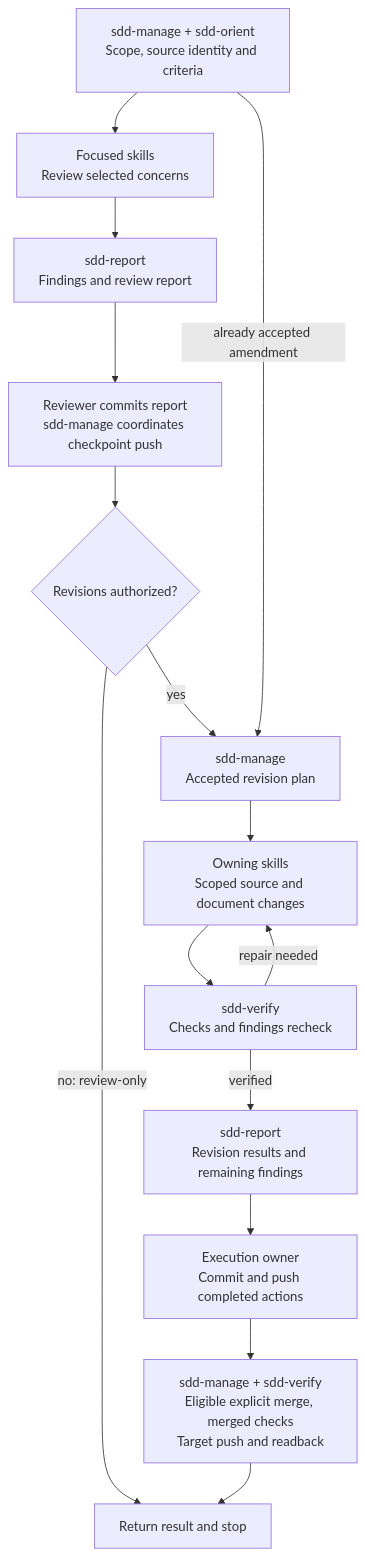
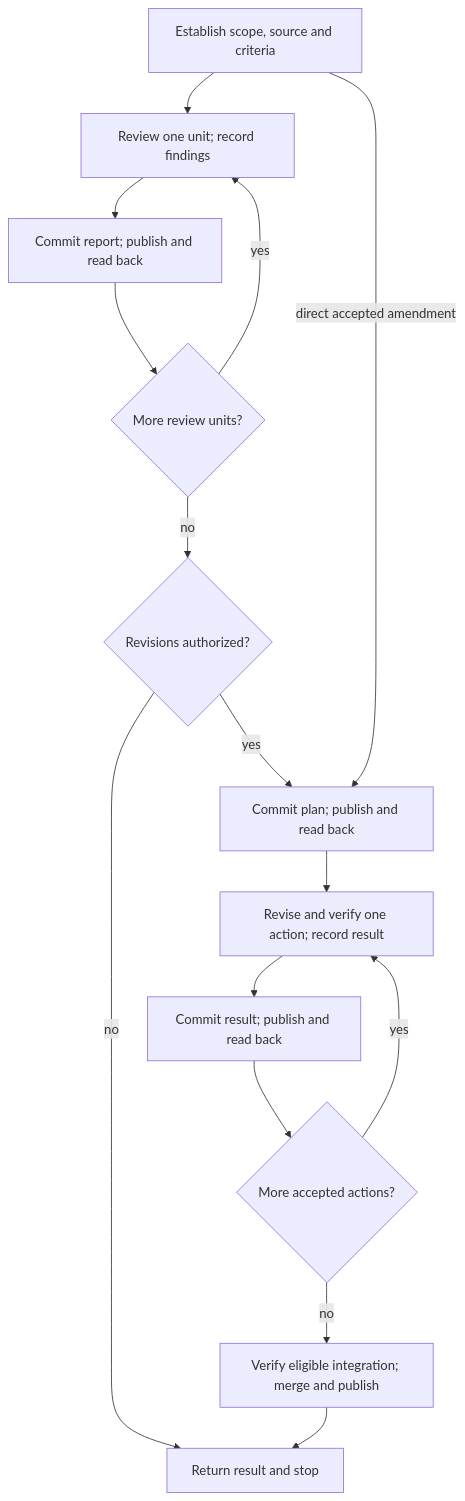
One commit to pchemguy/SDD-Manager-Template changed the sixth of 6 diagrams in .agents/plugins/sdd-manager/README.md. Above: the diagram before and after it, drawn with Mermaid. The commit also changed other lines of this file and 15 other files, not shown here.

````diff
--- a/.agents/plugins/sdd-manager/README.md
+++ b/.agents/plugins/sdd-manager/README.md
@@ -253,17 +270,17 @@
 ```mermaid
 flowchart TB
-    M["sdd-manage + sdd-orient<br/>Scope, source identity and criteria"] --> F["Focused skills<br/>Review selected concerns"]
-    F --> R["sdd-report<br/>Findings and review report"]
-    R --> C["Reviewer commits report<br/>sdd-manage coordinates checkpoint push"]
-    C --> A{"Revisions authorized?"}
-    A -->|"no: review-only"| E["Return result and stop"]
-    A -->|"yes"| P["sdd-manage<br/>Accepted revision plan"]
-    M -->|"already accepted amendment"| P
-    P --> W["Owning skills<br/>Scoped source and document changes"]
-    W --> V["sdd-verify<br/>Checks and findings recheck"]
-    V -->|"repair needed"| W
-    V -->|"verified"| RR["sdd-report<br/>Revision results and remaining findings"]
-    RR --> CP["Execution owner<br/>Commit and push completed actions"]
-    CP --> G["sdd-manage + sdd-verify<br/>Eligible explicit merge, merged checks<br/>Target push and readback"]
+    S["Establish scope, source and criteria"] --> R["Review one unit; record findings"]
+    R --> C["Commit report; publish and read back"]
+    C --> U{"More review units?"}
+    U -->|"yes"| R
+    U -->|"no"| A{"Revisions authorized?"}
+    A -->|"no"| E["Return result and stop"]
+    A -->|"yes"| P["Commit plan; publish and read back"]
+    S -->|"direct accepted amendment"| P
+    P --> W["Revise and verify one action; record result"]
+    W --> CP["Commit result; publish and read back"]
+    CP --> N{"More accepted actions?"}
+    N -->|"yes"| W
+    N -->|"no"| G["Verify eligible integration; merge and publish"]
     G --> E
 ```
````
